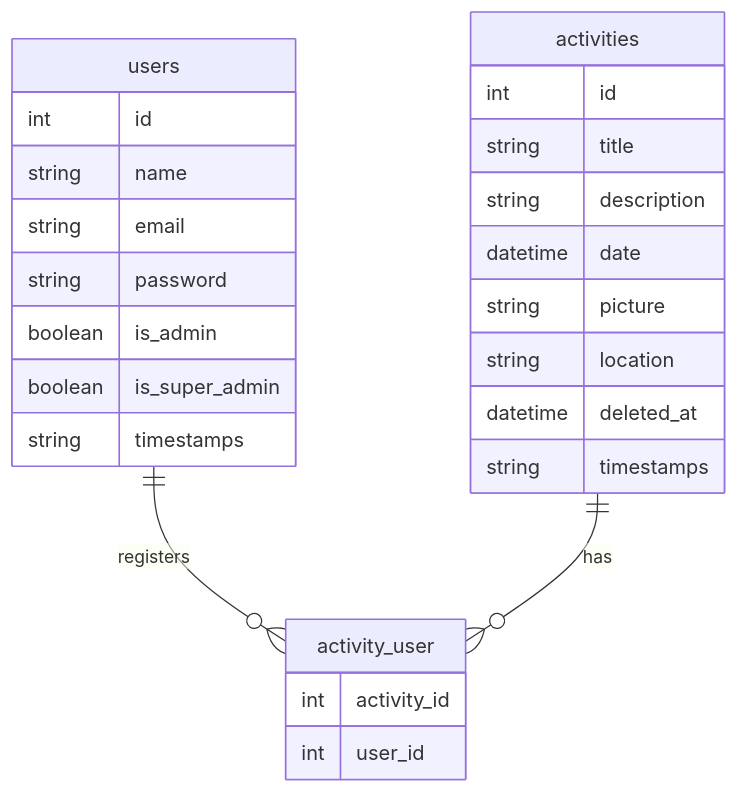
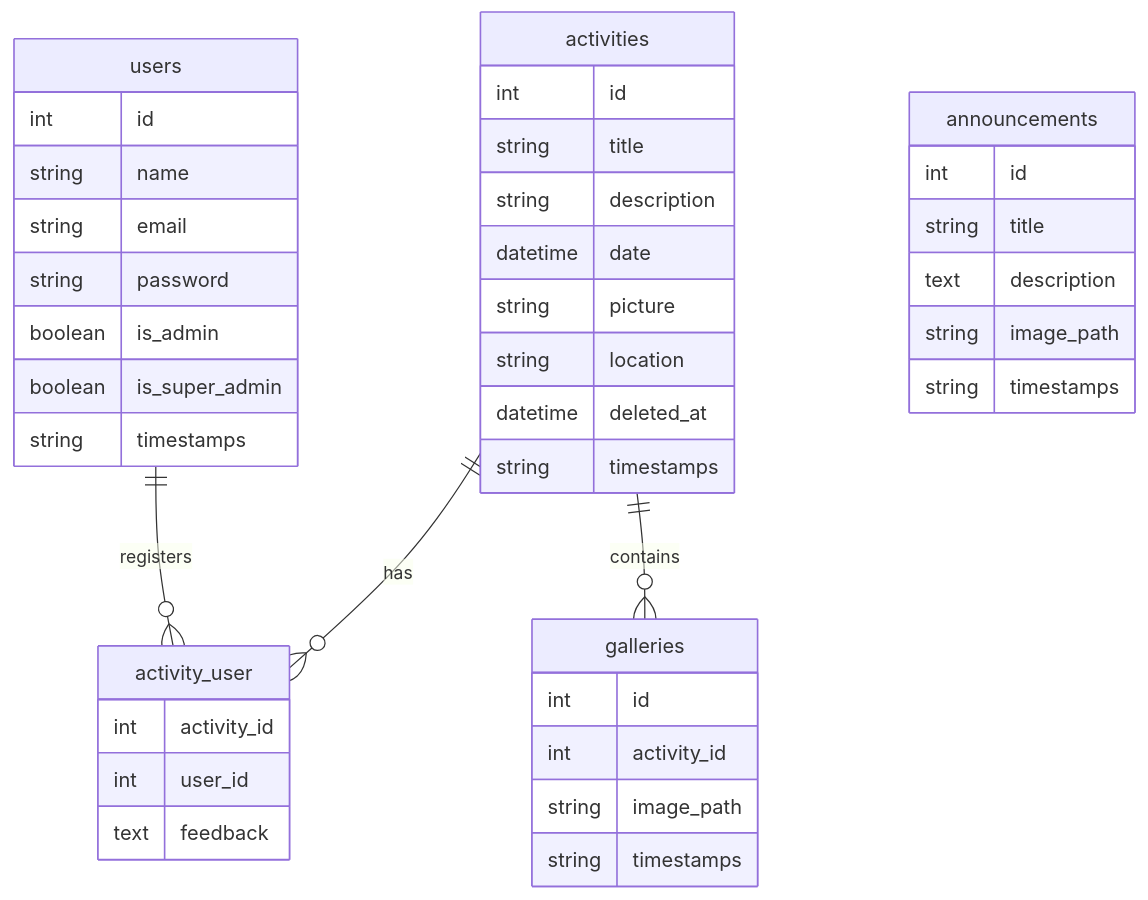
Before and after one commit to rathfaisal/pebs: the second of 2 diagrams in README.md, drawn with Mermaid. The commit also changed other lines of this file and 8 other files, not shown here.

````diff
--- a/README.md
+++ b/README.md
@@ -60,28 +64,43 @@
 ```mermaid
 erDiagram
     users {
         int id
         string name
         string email
         string password
         boolean is_admin
         boolean is_super_admin
         string timestamps
     }
     activities {
         int id
         string title
         string description
         datetime date
         string picture
         string location
         datetime deleted_at
         string timestamps
     }
     activity_user {
         int activity_id
         int user_id
+        text feedback
+    }
+    announcements {
+        int id
+        string title
+        text description
+        string image_path
+        string timestamps
+    }
+    galleries {
+        int id
+        int activity_id
+        string image_path
+        string timestamps
     }
     users ||--o{ activity_user : registers
     activities ||--o{ activity_user : has
+    activities ||--o{ galleries : contains
 ```
````
